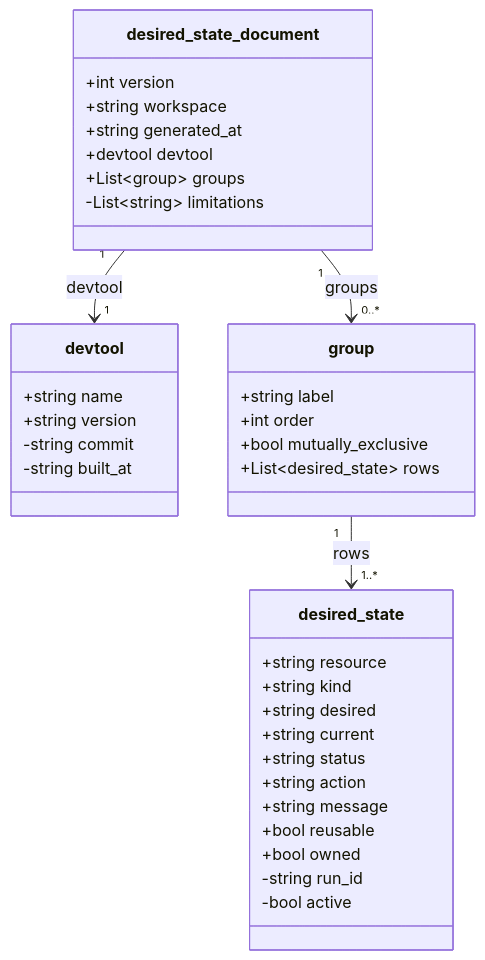
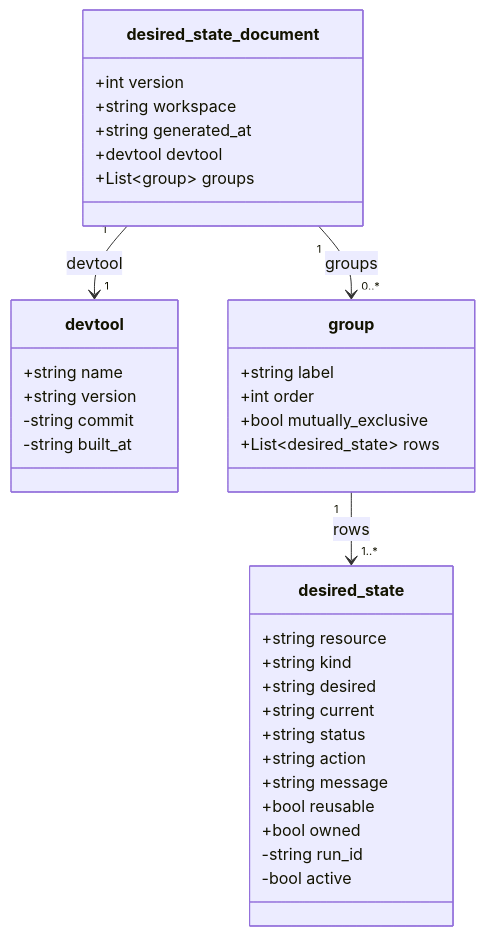
Before and after one commit to david-aggeler/keel: the third of 5 diagrams in docs/wire-schema.md, drawn with Mermaid. The commit also changed other lines of this file and 17 other files, not shown here.

Commit message:
cr-223 retire the limitations prose array from the wire, the schema, the docs and the extension fallback (keel/requirement-138)

````diff
--- a/docs/wire-schema.md
+++ b/docs/wire-schema.md
@@ -133,39 +131,38 @@
 ```mermaid
 classDiagram
     class desired_state_document {
         +int version
         +string workspace
         +string generated_at
         +devtool devtool
         +List~group~ groups
-        -List~string~ limitations
     }
     class devtool {
         +string name
         +string version
         -string commit
         -string built_at
     }
     class group {
         +string label
         +int order
         +bool mutually_exclusive
         +List~desired_state~ rows
     }
     class desired_state {
         +string resource
         +string kind
         +string desired
         +string current
         +string status
         +string action
         +string message
         +bool reusable
         +bool owned
         -string run_id
         -bool active
     }
     desired_state_document "1" --> "1" devtool : devtool
     desired_state_document "1" --> "0..*" group : groups
     group "1" --> "1..*" desired_state : rows
 ```
````
